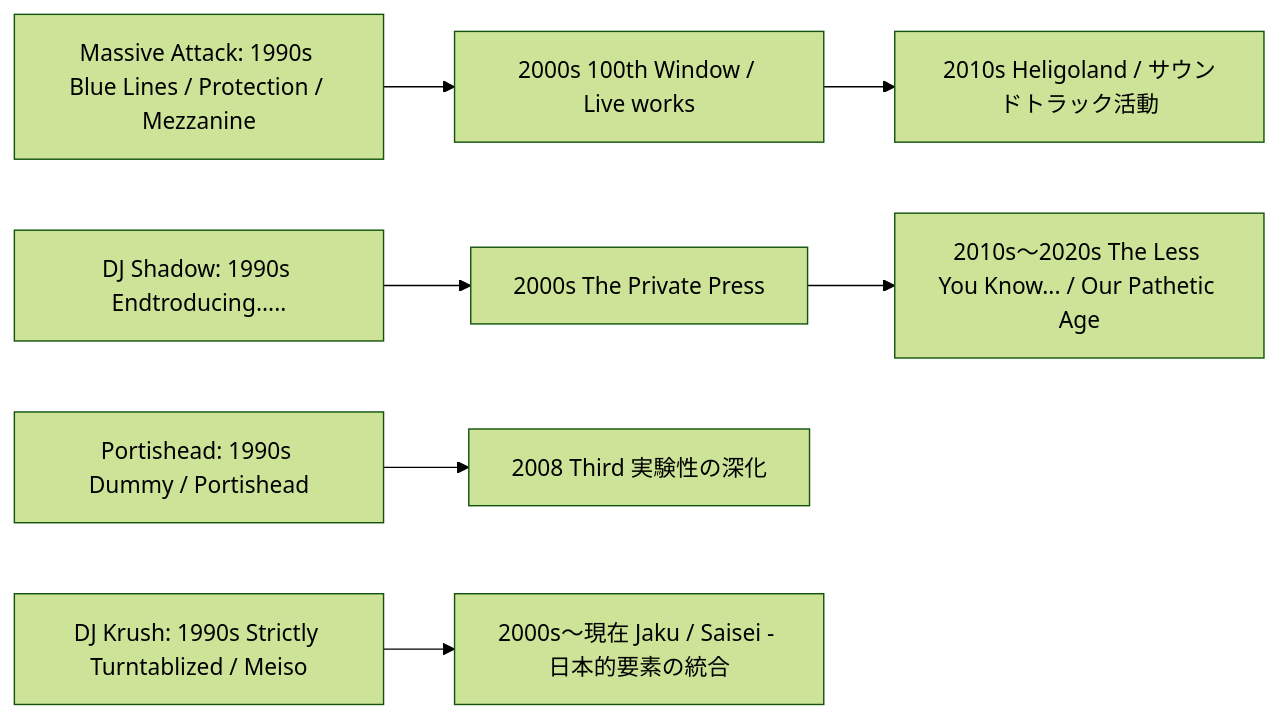
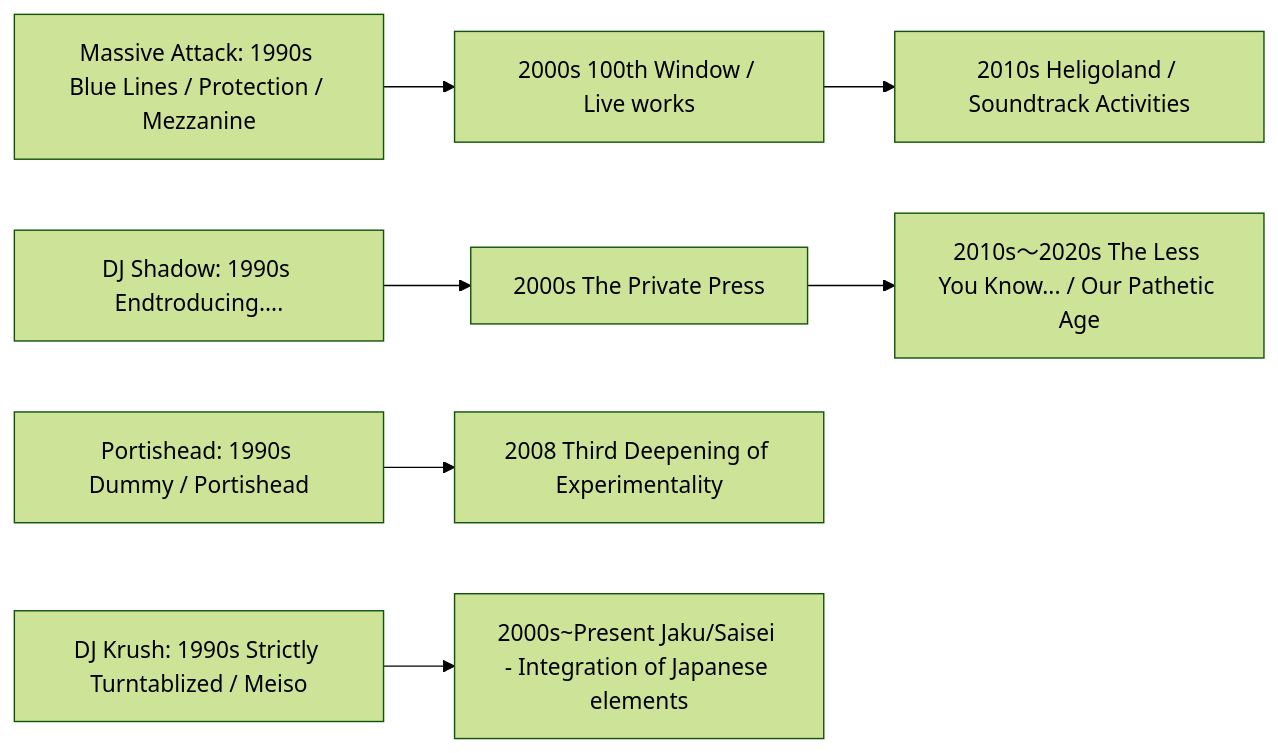
One commit to monumental-movement/monumental-movement.github.io changed the second of 2 diagrams in en/_posts/2025-09-21-Column-Triphop.md. Above: the diagram before and after it, drawn with Mermaid (forest theme). The commit also changed other lines of this file and 1631 other files, not shown here.

```diff
--- a/en/_posts/2025-09-21-Column-Triphop.md
+++ b/en/_posts/2025-09-21-Column-Triphop.md
@@ -68,21 +67,21 @@
 <div class="mermaid">
 flowchart LR
     MA90["Massive Attack: 1990s Blue Lines / Protection / Mezzanine"]
     MA00["2000s 100th Window / Live works"]
-    MA10["2010s Heligoland / サウンドトラック活動"]
+    MA10["2010s Heligoland / Soundtrack Activities"]
 
-    SH90["DJ Shadow: 1990s Endtroducing....."]
+SH90["DJ Shadow: 1990s Endtroducing...."]
     SH00["2000s The Private Press"]
     SH10["2010s〜2020s The Less You Know... / Our Pathetic Age"]
 
-    PK90["Portishead: 1990s Dummy / Portishead"]
-    PK10["2008 Third 実験性の深化"]
+PK90["Portishead: 1990s Dummy / Portishead"]
+    PK10["2008 Third Deepening of Experimentality"]
 
-    KR90["DJ Krush: 1990s Strictly Turntablized / Meiso"]
-    KR00["2000s〜現在 Jaku / Saisei - 日本的要素の統合"]
+KR90["DJ Krush: 1990s Strictly Turntablized / Meiso"]
+    KR00["2000s~Present Jaku/Saisei - Integration of Japanese elements"]
 
-    MA90 --> MA00 --> MA10
+MA90 --> MA00 --> MA10
     SH90 --> SH00 --> SH10
     PK90 --> PK10
     KR90 --> KR00
 </div>
```
